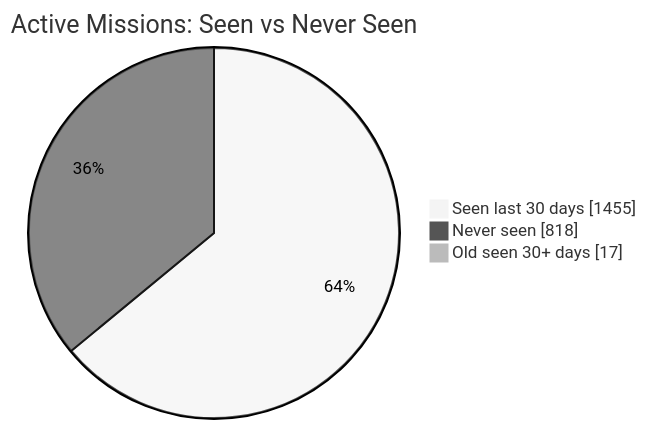
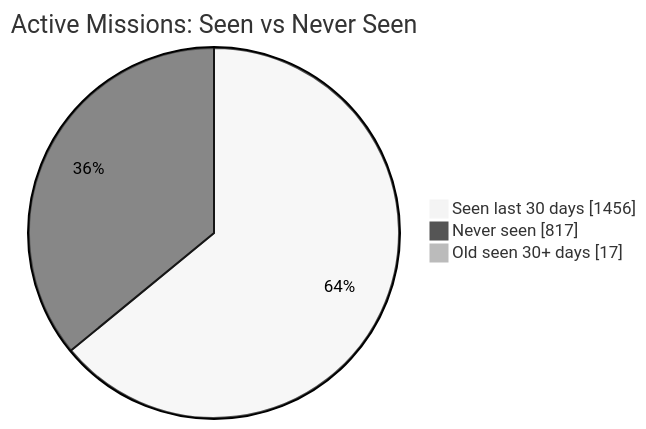
The first of 2 diagrams in README.md (MeldkamerspelGameTeam/active-missions), drawn with Mermaid (neutral theme) before and after one commit. The commit also changed other lines of this file and 2 other files, not shown here.

````diff
--- a/README.md
+++ b/README.md
@@ -34,7 +34,7 @@
 ```mermaid
 pie showData
     title Active Missions: Seen vs Never Seen
-    "Seen last 30 days" : 1455
-    "Never seen" : 818
+    "Seen last 30 days" : 1456
+    "Never seen" : 817
     "Old seen 30+ days" : 17
 ```
````
